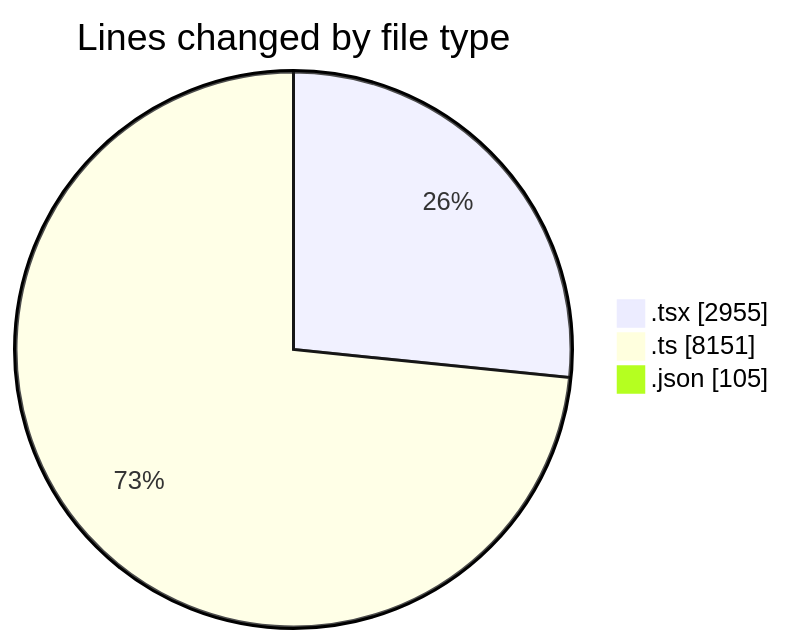
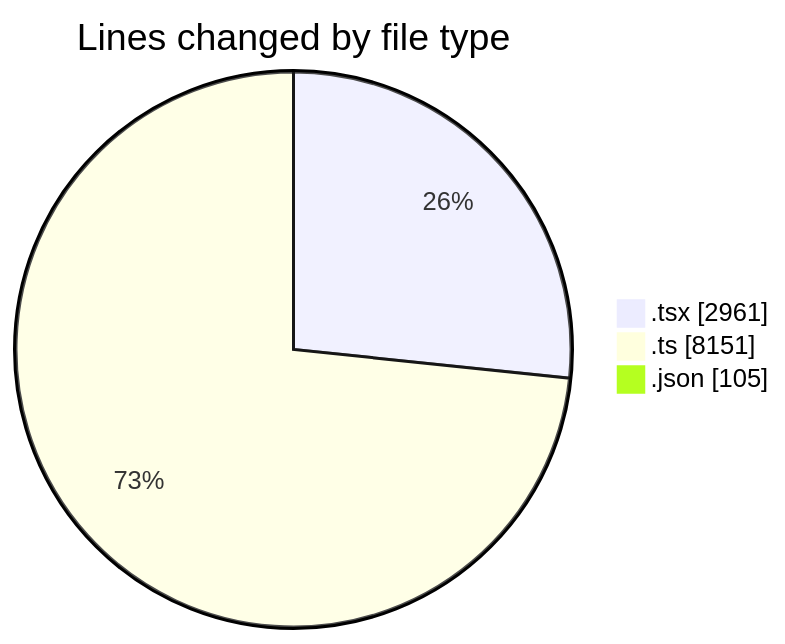
One commit to momahboobian/code-tracking changed the first of 2 diagrams in 2025-07-09/cda/README.md. Above: the diagram before and after it, drawn with Mermaid. The commit also changed other lines of this file and 1 other file, not shown here.

````diff
--- a/2025-07-09/cda/README.md
+++ b/2025-07-09/cda/README.md
@@ -32,7 +32,7 @@
 ```mermaid
 pie showData
 title Lines changed by file type
-".tsx" : 2955
+".tsx" : 2961
 ".ts" : 8151
 ".json" : 105
 ```
````
